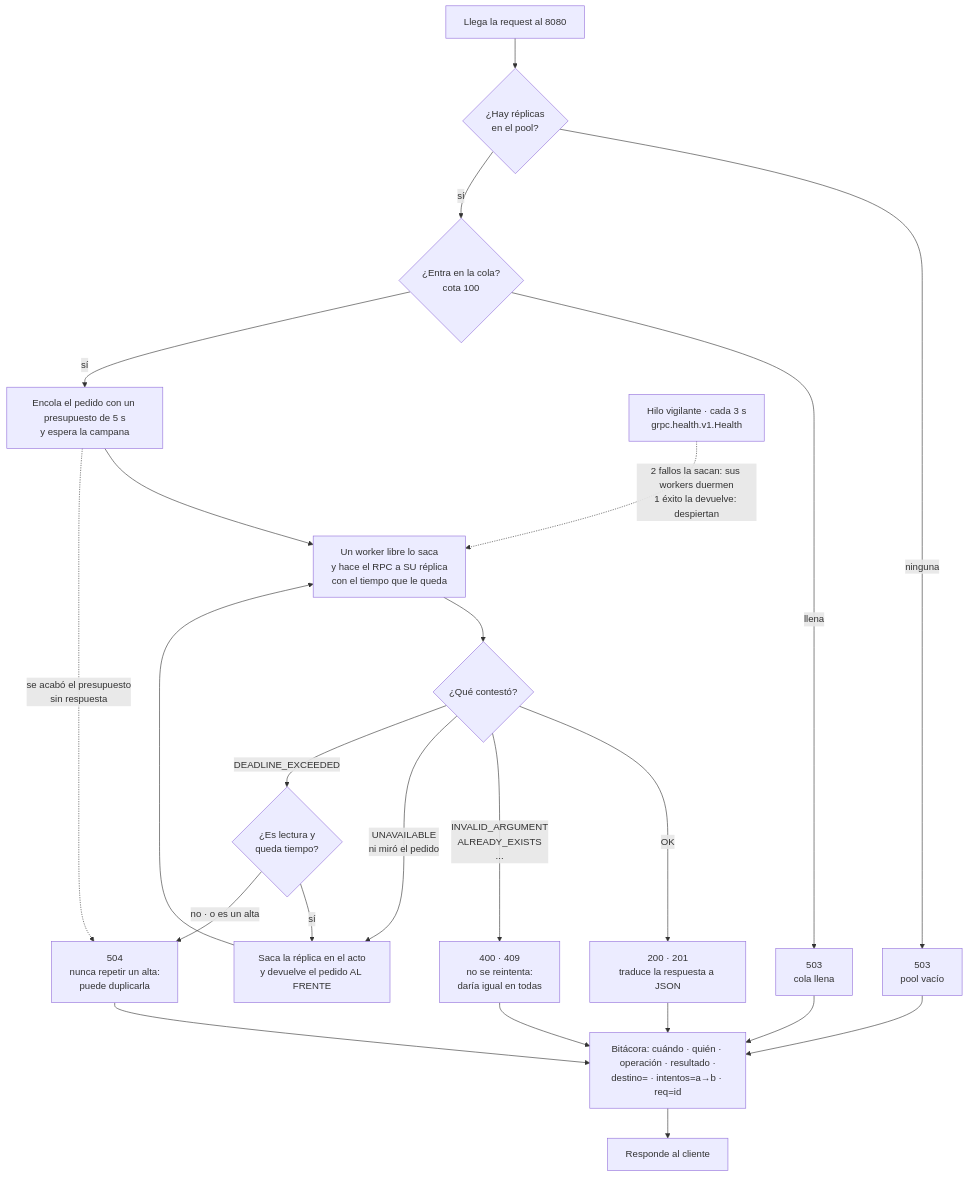
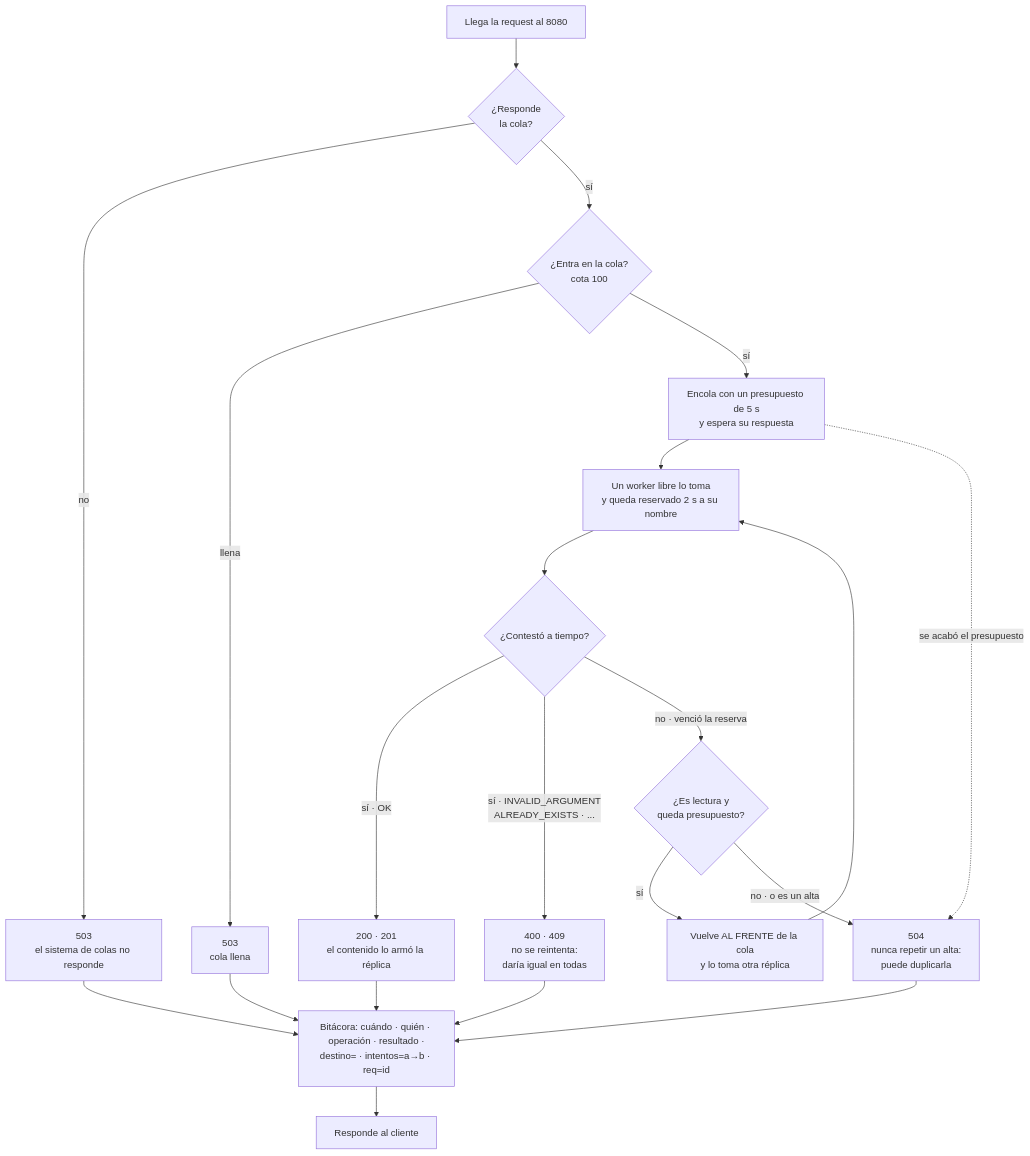
The second of 2 diagrams in README.md (SDyPPTpGrupal/sdypp_balanceador), drawn with Mermaid before and after one commit. The commit also changed other lines of this file and 17 other files, not shown here.

Commit message:
Saco la cola del balanceador: sistema aparte con cola de pedidos y de respuestas

````diff
--- a/README.md
+++ b/README.md
@@ -51,29 +71,26 @@
 ```mermaid
 flowchart TD
-    A["Llega la request al 8080"] --> B{"¿Hay réplicas<br/>en el pool?"}
-    B -->|"ninguna"| Z["503<br/>pool vacío"]
+    A["Llega la request al 8080"] --> B{"¿Responde<br/>la cola?"}
+    B -->|"no"| Z["503<br/>el sistema de colas no responde"]
     B -->|"sí"| C{"¿Entra en la cola?<br/>cota 100"}
     C -->|"llena"| Z2["503<br/>cola llena"]
-    C -->|"sí"| D["Encola el pedido con un presupuesto de 5 s<br/>y espera la campana"]
-    D --> E["Un worker libre lo saca<br/>y hace el RPC a SU réplica<br/>con el tiempo que le queda"]
-    E --> F{"¿Qué contestó?"}
+    C -->|"sí"| D["Encola con un presupuesto de 5 s<br/>y espera su respuesta"]
+    D --> E["Un worker libre lo toma<br/>y queda reservado 2 s a su nombre"]
+    E --> F{"¿Contestó a tiempo?"}
 
-    F -->|"OK"| G["200 · 201<br/>traduce la respuesta a JSON"]
-    F -->|"INVALID_ARGUMENT<br/>ALREADY_EXISTS<br/>..."| H["400 · 409<br/>no se reintenta:<br/>daría igual en todas"]
-    F -->|"UNAVAILABLE<br/>ni miró el pedido"| I["Saca la réplica en el acto<br/>y devuelve el pedido AL FRENTE"]
-    F -->|"DEADLINE_EXCEEDED"| J{"¿Es lectura y<br/>queda tiempo?"}
-    J -->|"sí"| I
-    J -->|"no · o es un alta"| K["504<br/>nunca repetir un alta:<br/>puede duplicarla"]
+    F -->|"sí · OK"| G["200 · 201<br/>el contenido lo armó la réplica"]
+    F -->|"sí · INVALID_ARGUMENT<br/>ALREADY_EXISTS · ..."| H["400 · 409<br/>no se reintenta:<br/>daría igual en todas"]
+    F -->|"no · venció la reserva"| I{"¿Es lectura y<br/>queda presupuesto?"}
+    I -->|"sí"| J["Vuelve AL FRENTE de la cola<br/>y lo toma otra réplica"]
+    I -->|"no · o es un alta"| K["504<br/>nunca repetir un alta:<br/>puede duplicarla"]
 
-    I --> E
-    D -.->|"se acabó el presupuesto<br/>sin respuesta"| K
+    J --> E
+    D -.->|"se acabó el presupuesto"| K
 
     G --> L["Bitácora: cuándo · quién · operación · resultado ·<br/>destino= · intentos=a→b · req=id"]
     H --> L
     K --> L
     Z --> L
     Z2 --> L
     L --> M["Responde al cliente"]
-
-    V["Hilo vigilante · cada 3 s<br/>grpc.health.v1.Health"] -.->|"2 fallos la sacan: sus workers duermen<br/>1 éxito la devuelve: despiertan"| E
 ```
````
